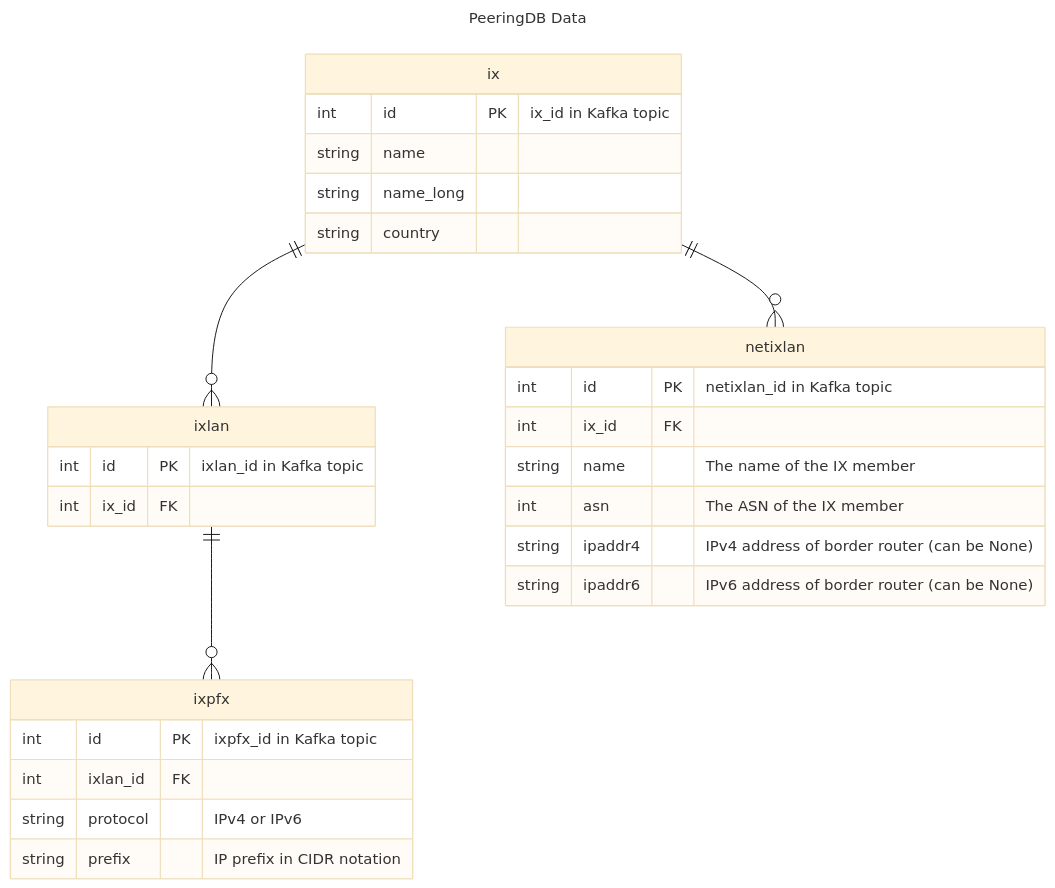
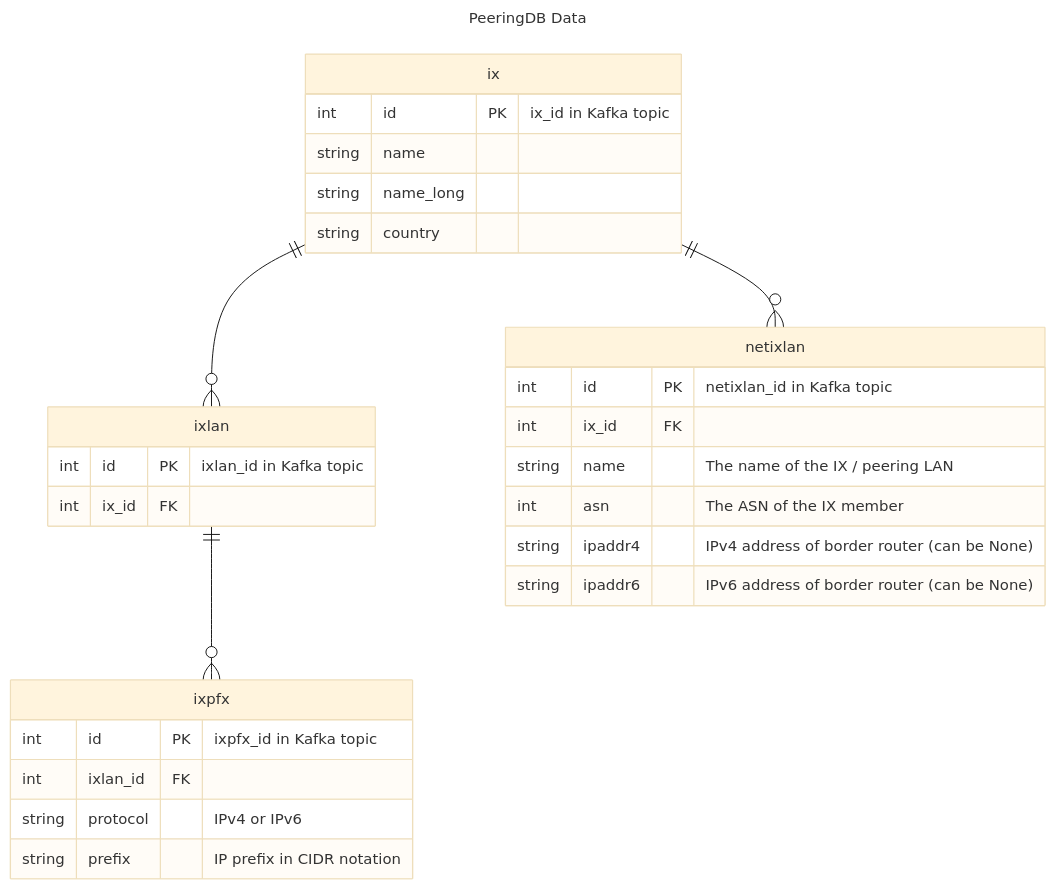
Before and after one commit to InternetHealthReport/kafka-toolbox: the diagram in peeringdb/producers/README.md, drawn with Mermaid (base theme).

Commit message:
Update README.md
name field in netixlan is actually the name of the IX or its peering LAN, not the name of the member.

````diff
--- a/peeringdb/producers/README.md
+++ b/peeringdb/producers/README.md
@@ -51,38 +51,38 @@
 ```mermaid
 ---
 title: PeeringDB Data
 ---
 erDiagram
     ix {
         int id PK "ix_id in Kafka topic"
         string name
         string name_long
         string country
     }
 
     ixlan {
         int id PK "ixlan_id in Kafka topic"
         int ix_id FK
     }
 
     ixpfx {
         int id PK "ixpfx_id in Kafka topic"
         int ixlan_id FK
         string protocol "IPv4 or IPv6"
         string prefix "IP prefix in CIDR notation"
     }
 
     netixlan {
         int id PK "netixlan_id in Kafka topic"
         int ix_id FK
-        string name "The name of the IX member"
+        string name "The name of the IX / peering LAN"
         int asn "The ASN of the IX member"
         string ipaddr4 "IPv4 address of border router (can be None)"
         string ipaddr6 "IPv6 address of border router (can be None)"
     }
 
     ix ||--o{ ixlan: ""
     ix ||--o{ netixlan: ""
     ixlan ||--o{ ixpfx: ""
 
 ```
````
